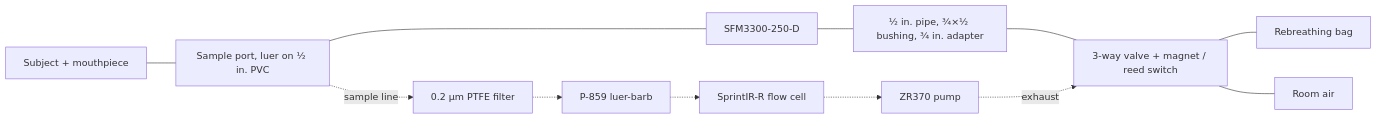
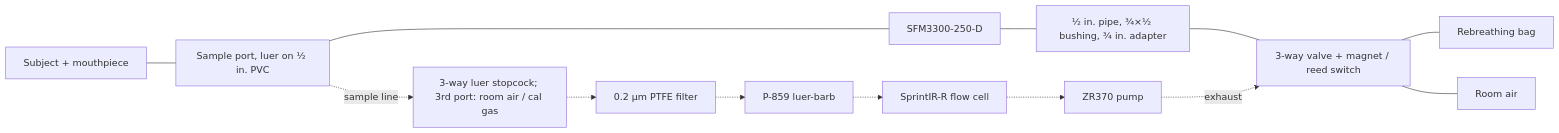
Before and after one commit to shrlak/CO2-Response: the diagram in docs/wiring.md, drawn with Mermaid. The commit also changed other lines of this file and 4 other files, not shown here.

First line of the commit message:
Purchased parts from the budget increase request; stopcock in the sample line

````diff
--- a/docs/wiring.md
+++ b/docs/wiring.md
@@ -164,7 +170,7 @@
 ```mermaid
 flowchart LR
     S[Subject + mouthpiece] --- P[Sample port, luer on ½ in. PVC] --- SFM[SFM3300-250-D] --- PIPE[½ in. pipe, ¾×½ bushing, ¾ in. adapter] --- V[3-way valve + magnet / reed switch]
     V --- BAG[Rebreathing bag]
     V --- AIR[Room air]
-    P -. sample line .-> FIL[0.2 µm PTFE filter] -.-> AD[P-859 luer-barb] -.-> CO2[SprintIR-R flow cell] -.-> PUMP[ZR370 pump] -. exhaust .-> V
+    P -. sample line .-> SC[3-way luer stopcock; 3rd port: room air / cal gas] -.-> FIL[0.2 µm PTFE filter] -.-> AD[P-859 luer-barb] -.-> CO2[SprintIR-R flow cell] -.-> PUMP[ZR370 pump] -. exhaust .-> V
 ```
````
